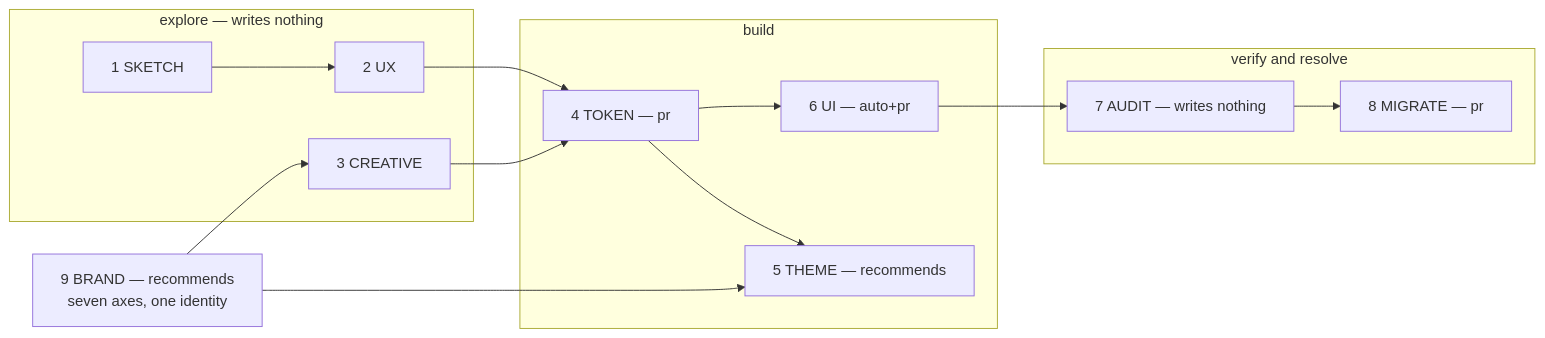
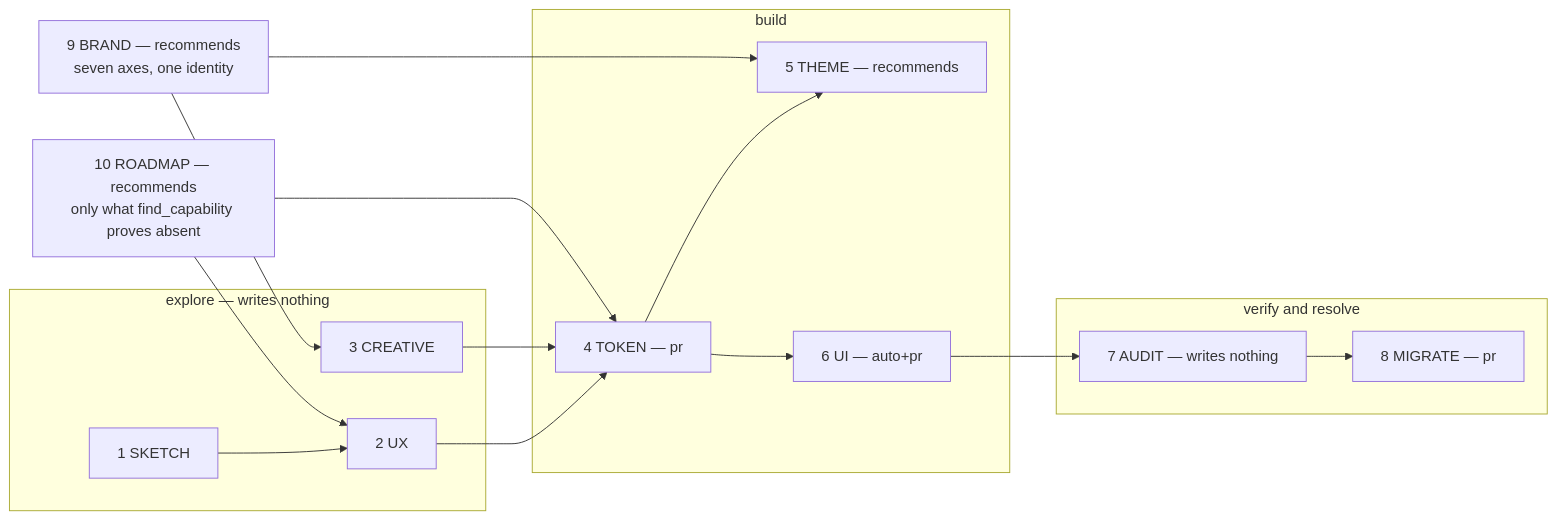
One commit to Pizarradas/syx changed the fourth of 6 diagrams in _agents/architecture.md. Above: the diagram before and after it, drawn with Mermaid. The commit also changed other lines of this file and 37 other files, not shown here.

Commit message:
FEATURE: sistema de roadmaps.

````diff
--- a/_agents/architecture.md
+++ b/_agents/architecture.md
@@ -132,25 +132,28 @@
 ```mermaid
 flowchart LR
     subgraph EXPLORE["explore — writes nothing"]
         SKETCH["1 SKETCH"]
         UX["2 UX"]
         CREATIVE["3 CREATIVE"]
     end
     subgraph BUILD["build"]
         TOKEN["4 TOKEN — pr"]
         THEME["5 THEME — recommends"]
         UI["6 UI — auto+pr"]
     end
     subgraph VERIFY["verify and resolve"]
         AUDIT["7 AUDIT — writes nothing"]
         MIGRATE["8 MIGRATE — pr"]
     end
     BRAND["9 BRAND — recommends<br/>seven axes, one identity"]
+    ROADMAP["10 ROADMAP — recommends<br/>only what find_capability proves absent"]
 
     SKETCH --> UX --> TOKEN --> UI --> AUDIT
     CREATIVE --> TOKEN
     TOKEN --> THEME
     AUDIT --> MIGRATE
     BRAND --> THEME
     BRAND --> CREATIVE
+    ROADMAP --> TOKEN
+    ROADMAP --> UX
 ```
````
